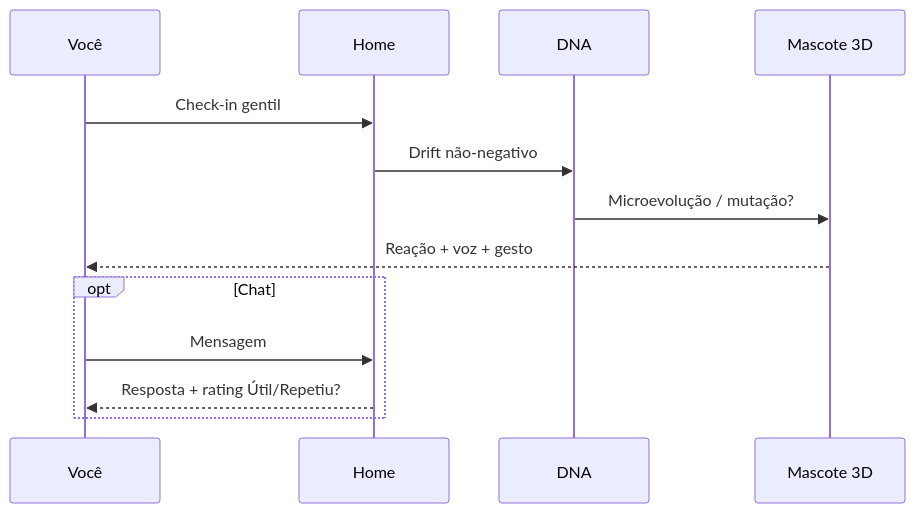
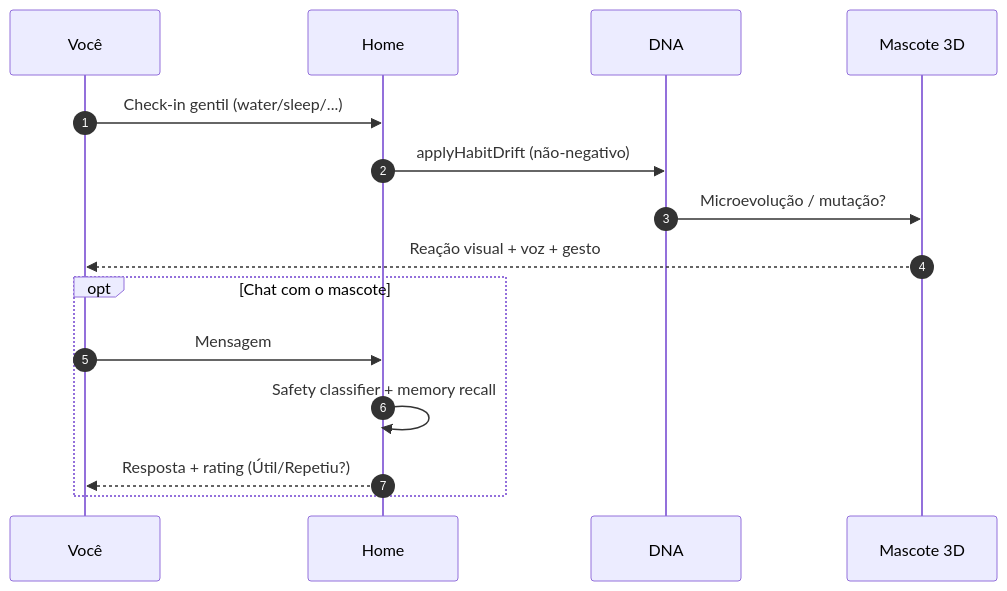
The third of 4 diagrams in README.md (felipemenezes25000-spec/mascote), drawn with Mermaid before and after one commit. The commit also changed other lines of this file, not shown here.

Commit message:
docs(readme): hero with logo, gallery, mermaid diagrams, star history

````diff
--- a/README.md
+++ b/README.md
@@ -163,15 +296,19 @@
 ```mermaid
 sequenceDiagram
-  participant U as Você
-  participant H as Home
-  participant D as DNA
-  participant M as Mascote 3D
-  U->>H: Check-in gentil
-  H->>D: Drift não-negativo
-  D->>M: Microevolução / mutação?
-  M-->>U: Reação + voz + gesto
-  opt Chat
-    U->>H: Mensagem
-    H-->>U: Resposta + rating Útil/Repetiu?
+  autonumber
+  participant 👤 as Você
+  participant 🏠 as Home
+  participant 🧬 as DNA
+  participant 🌱 as Mascote 3D
+
+  👤->>🏠: Check-in gentil (water/sleep/...)
+  🏠->>🧬: applyHabitDrift (não-negativo)
+  🧬->>🌱: Microevolução / mutação?
+  🌱-->>👤: Reação visual + voz + gesto
+
+  opt Chat com o mascote
+    👤->>🏠: Mensagem
+    🏠->>🏠: Safety classifier + memory recall
+    🏠-->>👤: Resposta + rating (Útil/Repetiu?)
   end
 ```
````
